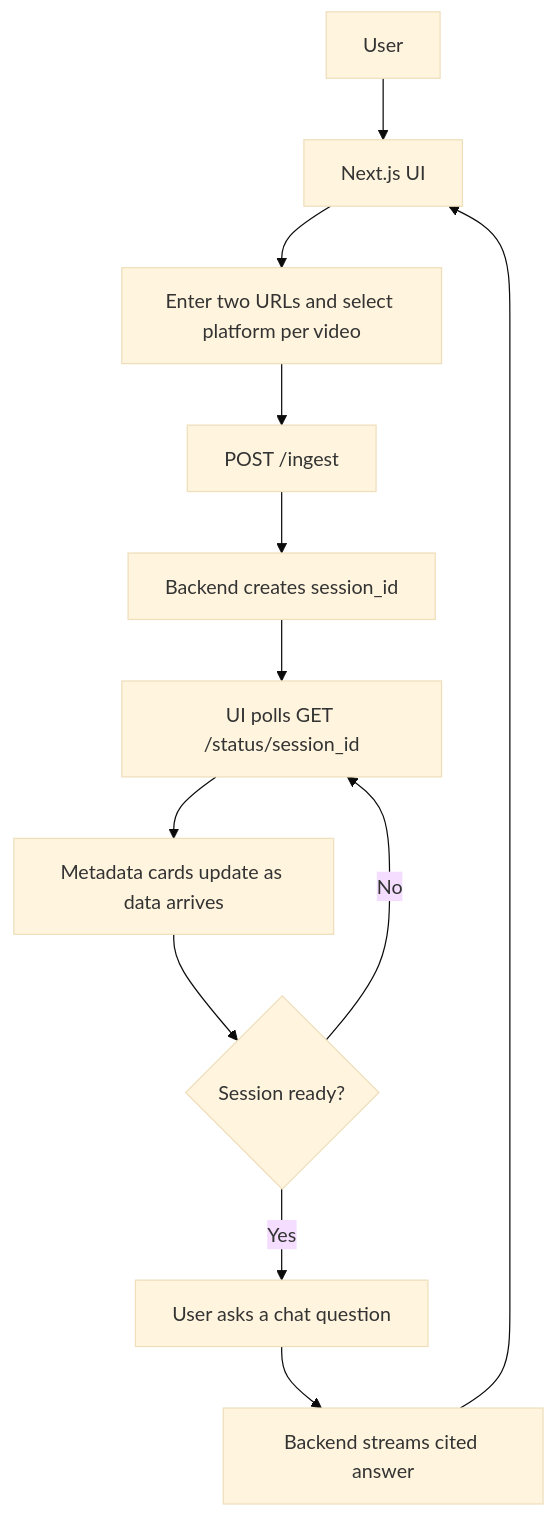
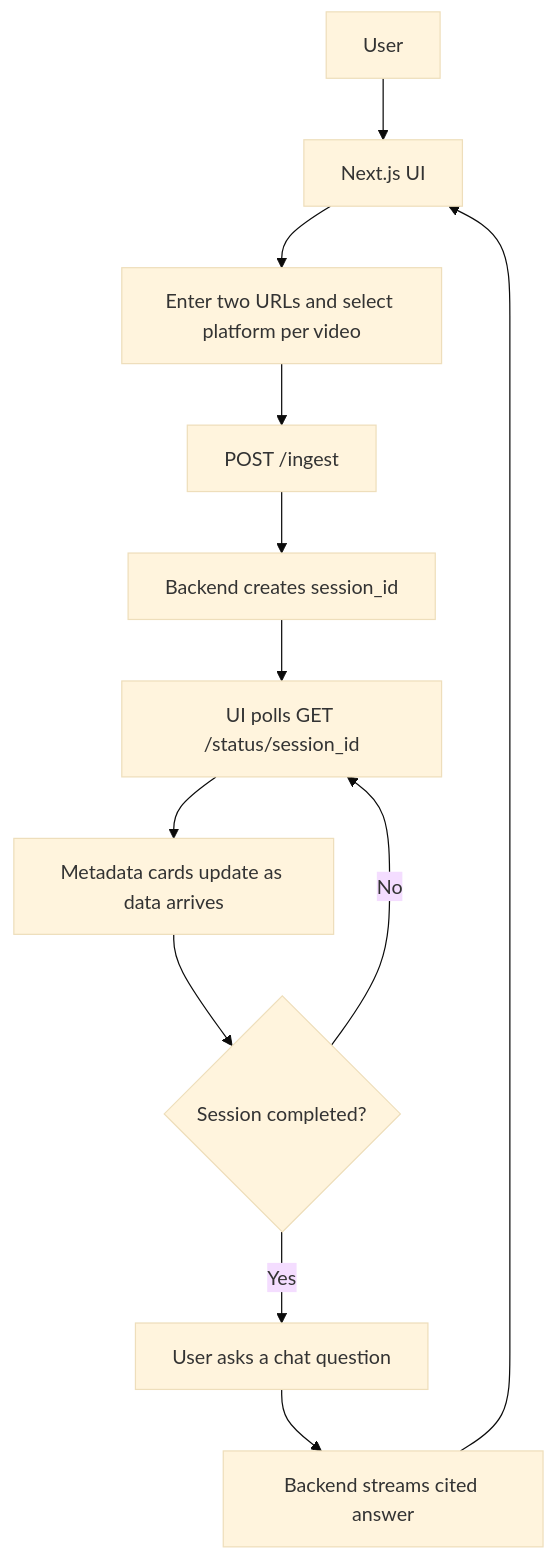
One commit to nirmaljb/CreatorGPT changed the first of 5 diagrams in docs/phase/phase-1.md. Above: the diagram before and after it, drawn with Mermaid (base theme). The commit also changed other lines of this file and 21 other files, not shown here.

````diff
--- a/docs/phase/phase-1.md
+++ b/docs/phase/phase-1.md
@@ -46,14 +49,14 @@
 ```mermaid
 flowchart TD
     U[User] --> UI[Next.js UI]
     UI --> Inputs[Enter two URLs and select platform per video]
     Inputs --> Ingest[POST /ingest]
     Ingest --> Session[Backend creates session_id]
     Session --> Poll[UI polls GET /status/session_id]
     Poll --> Cards[Metadata cards update as data arrives]
-    Cards --> Ready{Session ready?}
-    Ready -- No --> Poll
-    Ready -- Yes --> Chat[User asks a chat question]
+    Cards --> Completed{Session completed?}
+    Completed -- No --> Poll
+    Completed -- Yes --> Chat[User asks a chat question]
     Chat --> Stream[Backend streams cited answer]
     Stream --> UI
 ```
````
